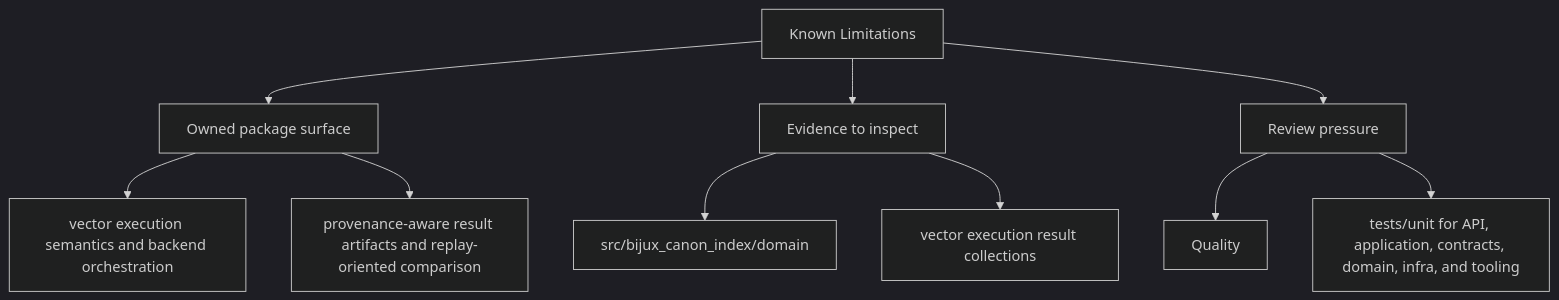
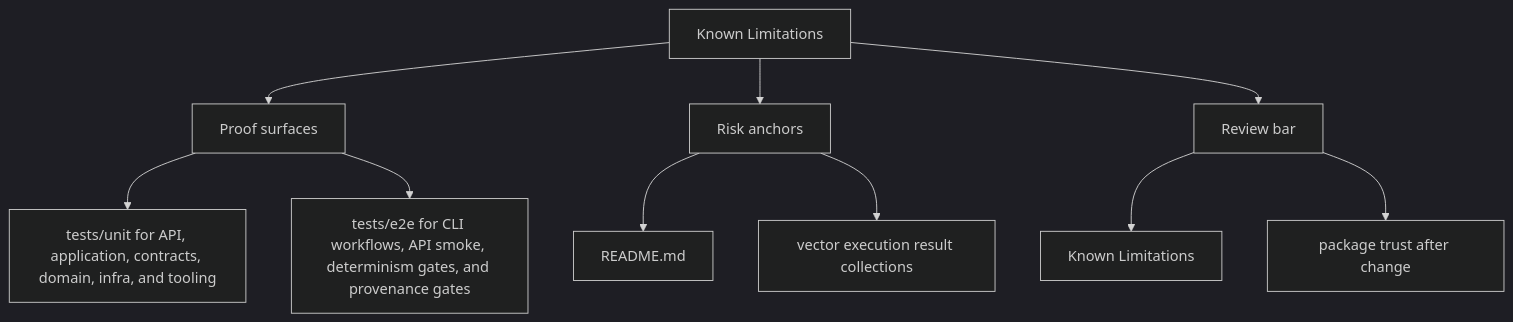
One commit to bijux/bijux-canon changed the second of 2 diagrams in docs/bijux-canon-index/quality/known-limitations.md. Above: the diagram before and after it, drawn with Mermaid (dark theme). The commit also changed other lines of this file and 250 other files, not shown here.

Commit message:
docs(diagrams): make product page maps more readable

````diff
--- a/docs/bijux-canon-index/quality/known-limitations.md
+++ b/docs/bijux-canon-index/quality/known-limitations.md
@@ -34,22 +34,22 @@
 ```mermaid
 flowchart TD
     page["Known Limitations"]
-    focus1["Owned package surface"]
+    focus1["Proof surfaces"]
     page --> focus1
-    focus1_1["vector execution semantics and backend orchestration"]
+    focus1_1["tests/unit for API, application, contracts, domain, infra, and tooling"]
     focus1 --> focus1_1
-    focus1_2["provenance-aware result artifacts and replay-oriented comparison"]
+    focus1_2["tests/e2e for CLI workflows, API smoke, determinism gates, and provenance gates"]
     focus1 --> focus1_2
-    focus2["Evidence to inspect"]
+    focus2["Risk anchors"]
     page --> focus2
-    focus2_1["src/bijux_canon_index/domain"]
+    focus2_1["README.md"]
     focus2 --> focus2_1
     focus2_2["vector execution result collections"]
     focus2 --> focus2_2
-    focus3["Review pressure"]
+    focus3["Review bar"]
     page --> focus3
-    focus3_1["Quality"]
+    focus3_1["Known Limitations"]
     focus3 --> focus3_1
-    focus3_2["tests/unit for API, application, contracts, domain, infra, and tooling"]
+    focus3_2["package trust after change"]
     focus3 --> focus3_2
 ```
````
